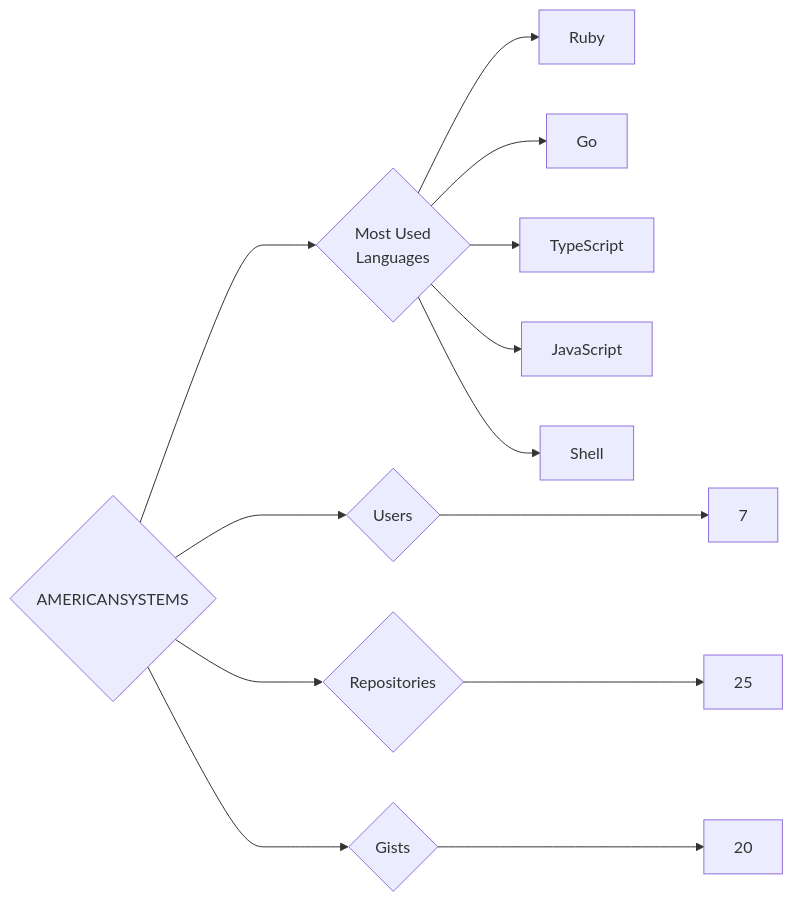
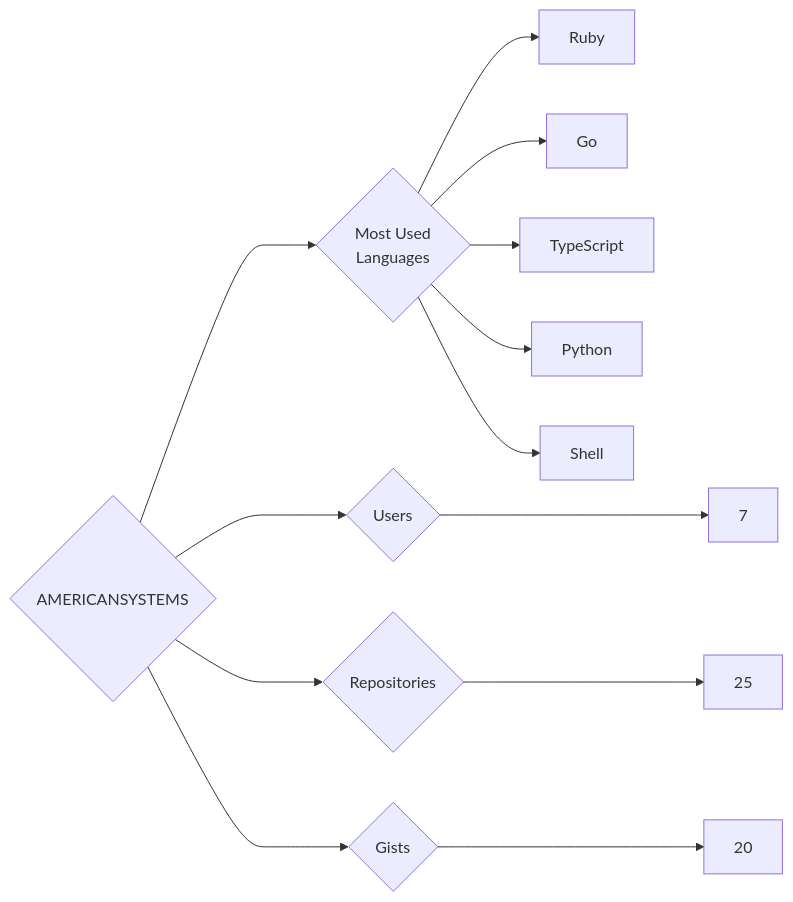
One commit to trickest/insiders changed the diagram in targets/AMERICANSYSTEMS/README.md. Above: the diagram before and after it, drawn with Mermaid. The commit also changed 1120 other files, not shown here.

````diff
--- a/targets/AMERICANSYSTEMS/README.md
+++ b/targets/AMERICANSYSTEMS/README.md
@@ -3,13 +3,13 @@
 ```mermaid
 graph LR
 COMPANY_NAME{AMERICANSYSTEMS}
 COMPANY_NAME ---> U{Users} ---> UN[7]
 COMPANY_NAME ---> R{Repositories} ---> RN[25]
 COMPANY_NAME ---> G{Gists} ---> GN[20]
 COMPANY_NAME ---> ML{Most Used<br>Languages}
 ML --> Ruby[Ruby]
 ML --> Go[Go]
 ML --> TypeScript[TypeScript]
-ML --> JavaScript[JavaScript]
+ML --> Python[Python]
 ML --> Shell[Shell]
 ```
````
